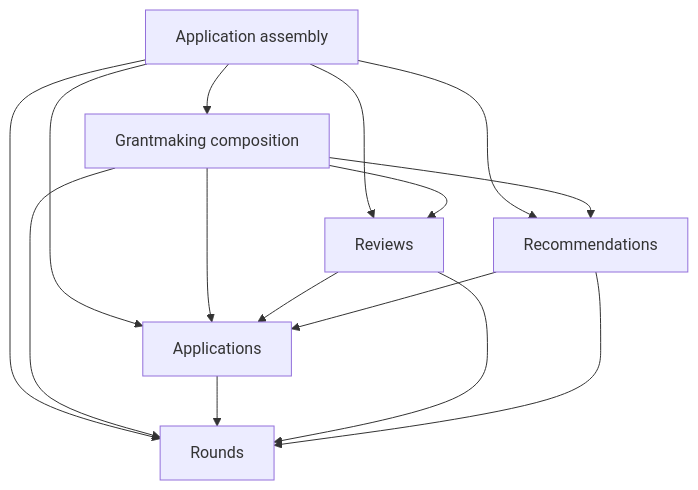
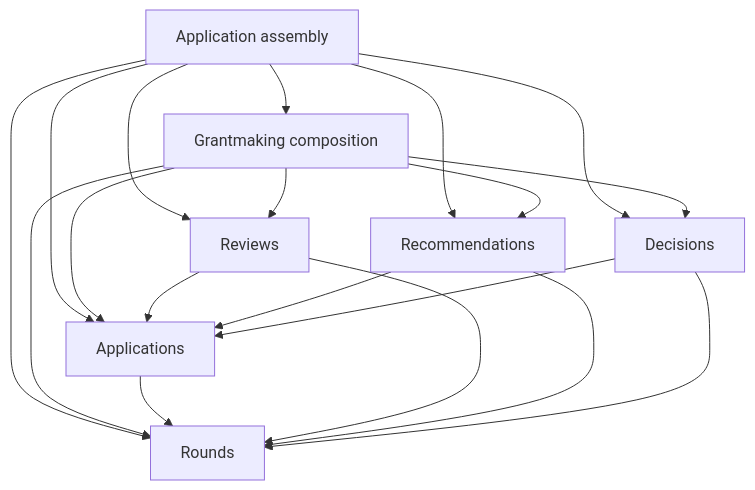
The first of 2 diagrams in docs/foundations/architecture.md (dmprav/merit), drawn with Mermaid before and after one commit. The commit also changed other lines of this file and 1 other file, not shown here.

Commit message:
docs(architecture): document Decisions ownership and lifecycle checks

````diff
--- a/docs/foundations/architecture.md
+++ b/docs/foundations/architecture.md
@@ -225,17 +228,21 @@
 ```mermaid
 flowchart TD
     assembly[Application assembly] --> grants[Grantmaking composition]
     assembly --> rounds[Rounds]
     assembly --> applications[Applications]
     assembly --> reviews[Reviews]
     assembly --> recommendations[Recommendations]
+    assembly --> decisions[Decisions]
     grants --> rounds
     grants --> applications
     grants --> reviews
     grants --> recommendations
+    grants --> decisions
     applications --> rounds
     reviews --> applications
     reviews --> rounds
     recommendations --> applications
     recommendations --> rounds
+    decisions --> applications
+    decisions --> rounds
 ```
````
